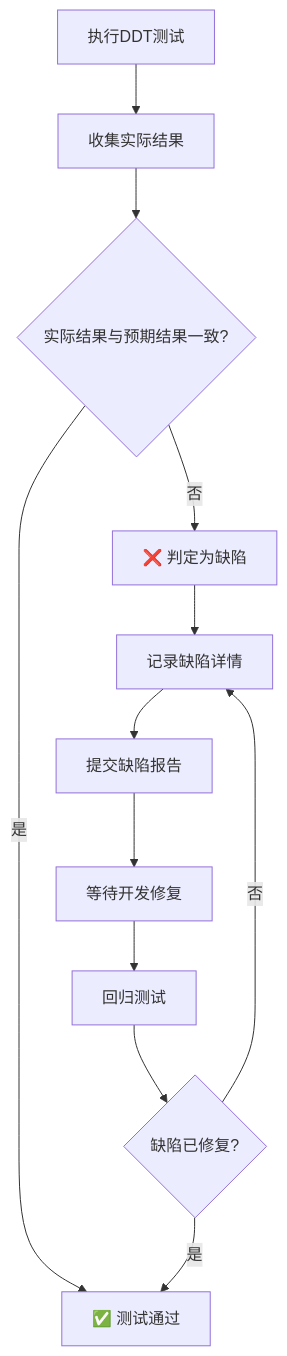
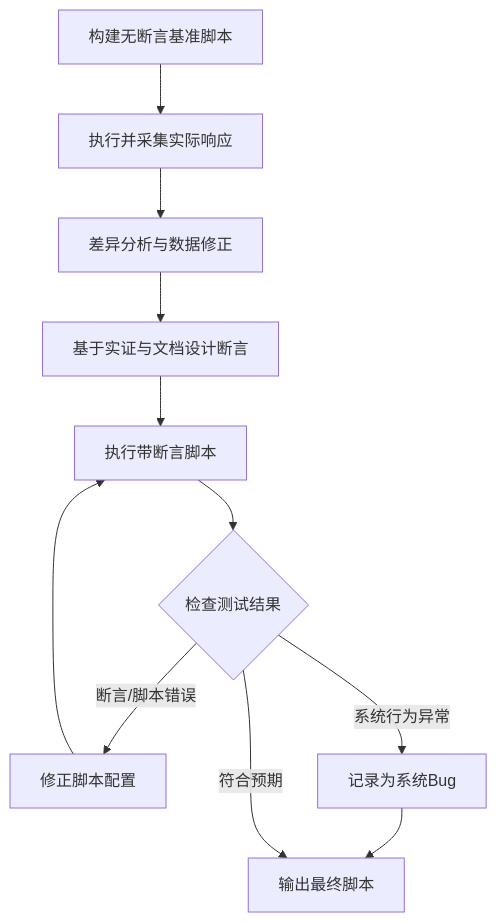
Before and after one commit to genius-jie/AITestCase: the diagram in .trae/rules/JMeter脚本编写智能体提示词.md, drawn with Mermaid. The commit also changed other lines of this file and 459 other files, not shown here.

````diff
--- a/.trae/rules/JMeter脚本编写智能体提示词.md
+++ b/.trae/rules/JMeter脚本编写智能体提示词.md
@@ -179,14 +33,13 @@
 ```mermaid
 graph TD
-    A[执行DDT测试] --> B[收集实际结果]
-    B --> C{实际结果与预期结果一致?}
-    C -->|是| D[✅ 测试通过]
-    C -->|否| E[❌ 判定为缺陷]
-    E --> F[记录缺陷详情]
-    F --> G[提交缺陷报告]
-    G --> H[等待开发修复]
-    H --> I[回归测试]
-    I --> J{缺陷已修复?}
-    J -->|是| D
-    J -->|否| F
+    A[构建无断言基准脚本] --> B[执行并采集实际响应]
+    B --> C[差异分析与数据修正]
+    C --> D[基于实证与文档设计断言]
+    D --> E[执行带断言脚本]
+    E --> F{检查测试结果}
+    F -->|断言/脚本错误| G[修正脚本配置]
+    G --> E
+    F -->|系统行为异常| H[记录为系统Bug]
+    H --> I[输出最终脚本]
+    F -->|符合预期| I
 ```
````
